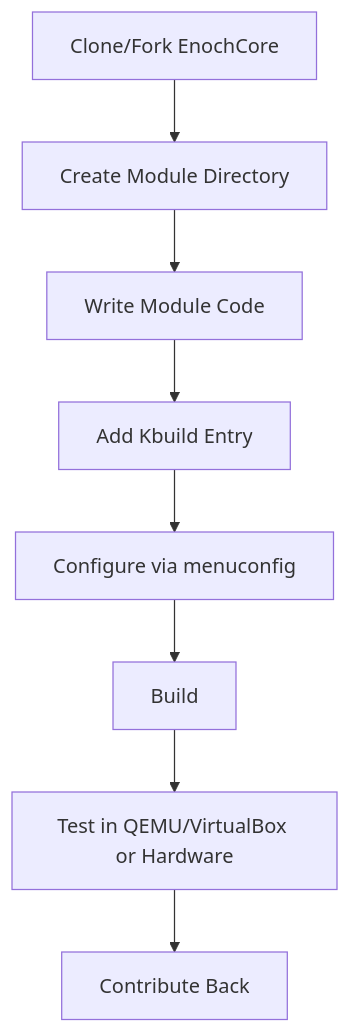
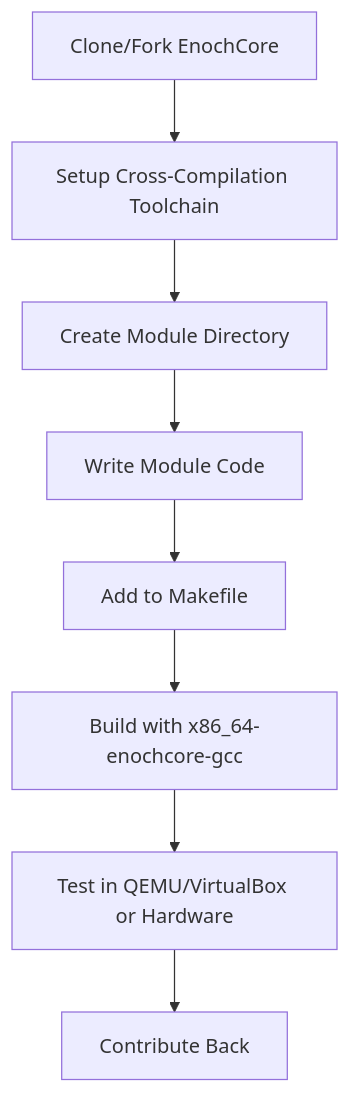
One commit to MelvinSGjr/EnochCore changed the second of 2 diagrams in README.md. Above: the diagram before and after it, drawn with Mermaid. The commit also changed other lines of this file, not shown here.

````diff
--- a/README.md
+++ b/README.md
@@ -191,10 +218,10 @@
 ```mermaid
 graph TD
-    A[Clone/Fork EnochCore] --> B[Create Module Directory]
-    B --> C[Write Module Code]
-    C --> D[Add Kbuild Entry]
-    D --> E[Configure via menuconfig]
-    E --> F[Build]
+    A[Clone/Fork EnochCore] --> B[Setup Cross-Compilation Toolchain]
+    B --> C[Create Module Directory]
+    C --> D[Write Module Code]
+    D --> E[Add to Makefile]
+    E --> F[Build with x86_64-enochcore-gcc]
     F --> G[Test in QEMU/VirtualBox or Hardware]
     G --> H[Contribute Back]
 ```
````
